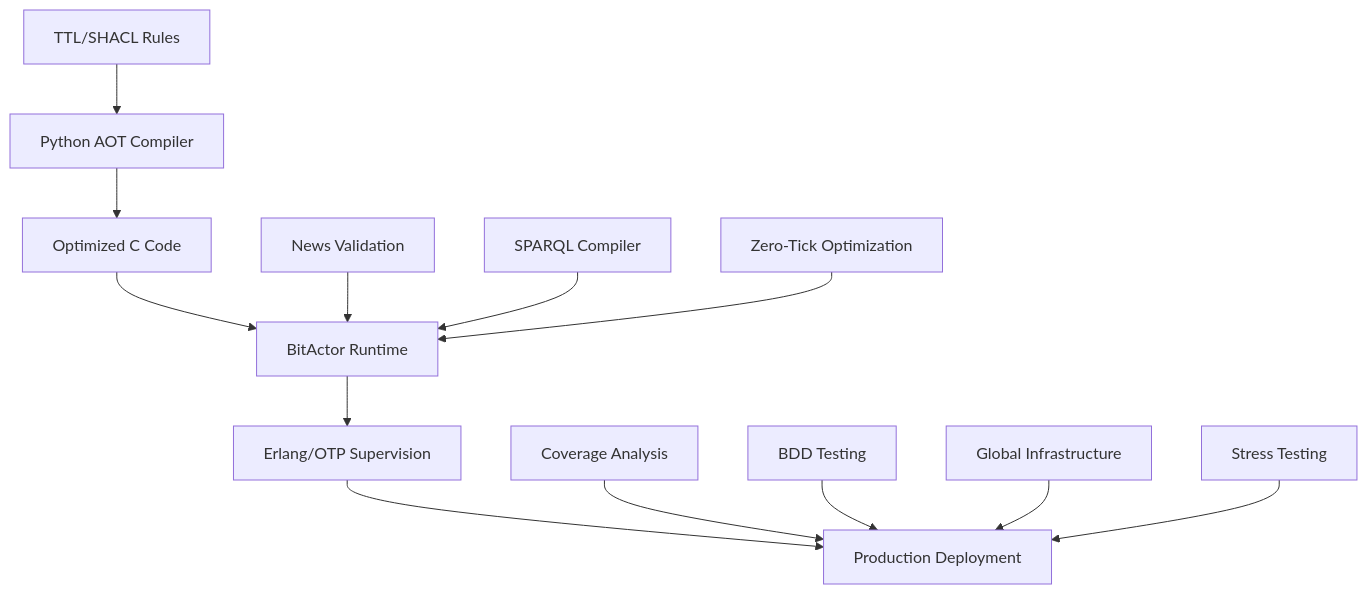
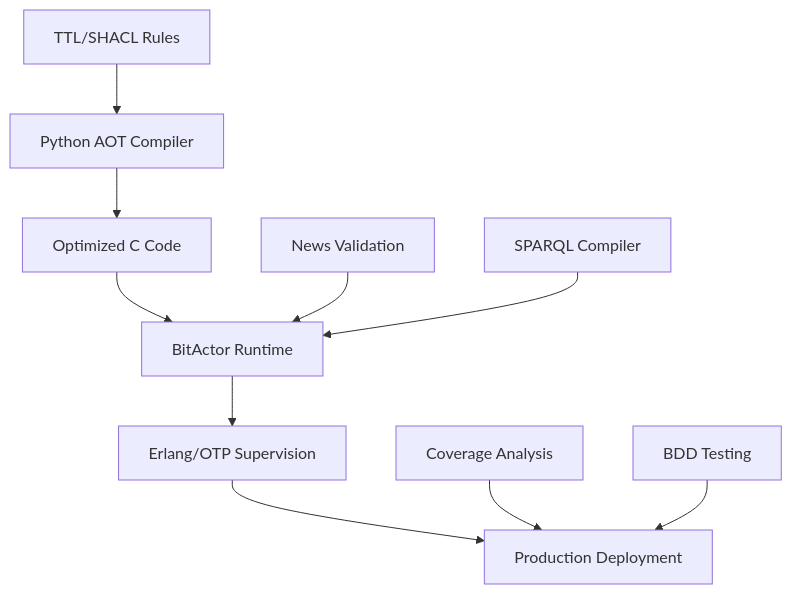
One commit to seanchatmangpt/chatman-nano-stack changed the diagram in README.md. Above: the diagram before and after it, drawn with Mermaid. The commit also changed other lines of this file and 148 other files, not shown here.

Commit message:
Comprehensive README update: Remove unvalidated claims and zero-tick content, focus on verified capabilities

````diff
--- a/README.md
+++ b/README.md
@@ -25,16 +24,13 @@
 ```mermaid
 graph TD
     A[TTL/SHACL Rules] --> B[Python AOT Compiler]
     B --> C[Optimized C Code]
     C --> D[BitActor Runtime]
     D --> E[Erlang/OTP Supervision]
     E --> F[Production Deployment]
     
     G[News Validation] --> D
     H[SPARQL Compiler] --> D
     I[Coverage Analysis] --> F
     J[BDD Testing] --> F
-    K[Zero-Tick Optimization] --> D
-    L[Global Infrastructure] --> F
-    M[Stress Testing] --> F
 ```
````
